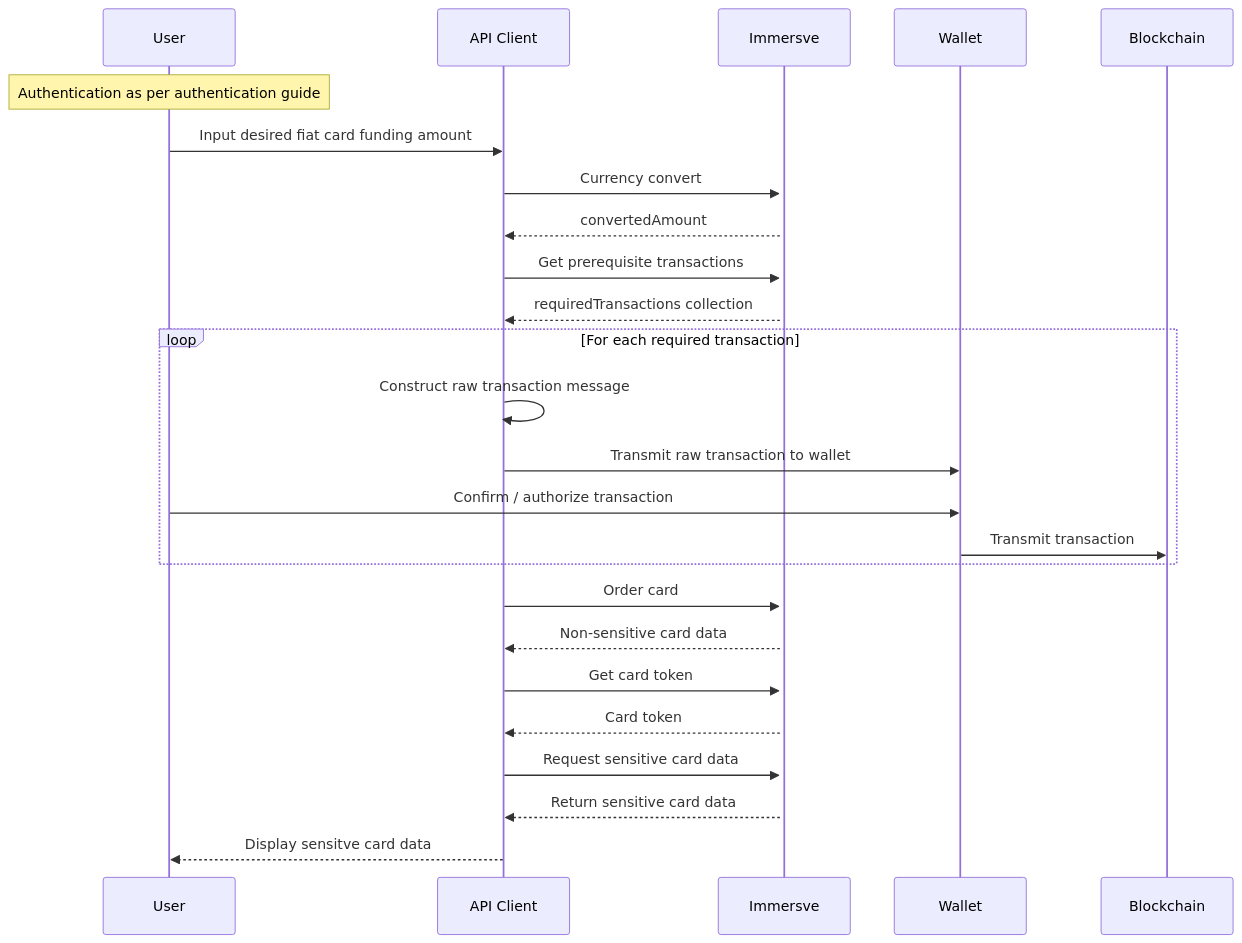
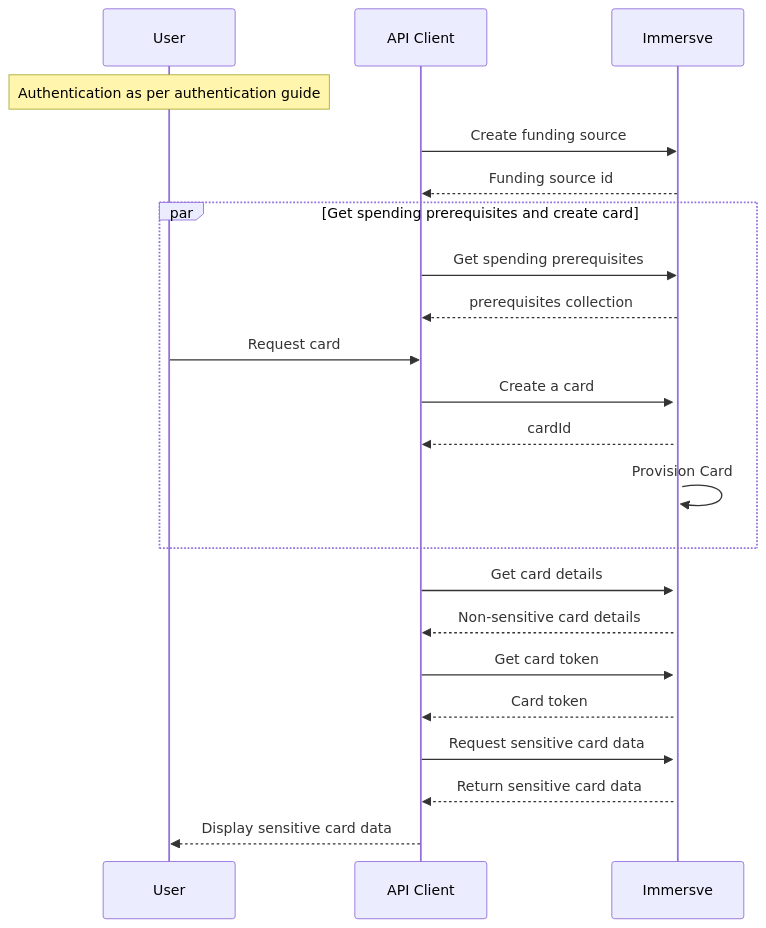
Before and after one commit to immersve/immersve-docs: the diagram in docs/guides/issue-a-virtual-card.md, drawn with Mermaid. The commit also changed other lines of this file and 1 other file, not shown here.

Commit message:
Add funding guide and update virtual card guide copy

````diff
--- a/docs/guides/issue-a-virtual-card.md
+++ b/docs/guides/issue-a-virtual-card.md
@@ -103,27 +53,25 @@
 ```mermaid
 sequenceDiagram
     participant U as User
     participant C as API Client
     participant I as Immersve
-    participant W as Wallet
-    participant B as Blockchain
     note over U: Authentication as per authentication guide
-    U->>C: Input desired fiat card funding amount
-    C->>+I: Currency convert
-    I-->>C: convertedAmount
-    C->>I: Get prerequisite transactions
-    I-->>C: requiredTransactions collection
-    loop For each required transaction
-        C->>C: Construct raw transaction message
-        C->>W: Transmit raw transaction to wallet
-        U->>W: Confirm / authorize transaction
-        W->>B: Transmit transaction
+
+    C->>I: Create funding source
+    I-->>C: Funding source id
+    par Get spending prerequisites and create card
+    C->>I: Get spending prerequisites
+    I-->>C: prerequisites collection
+    U->>C: Request card
+    C->>+I: Create a card
+    I-->>C: cardId
+    I->>I: Provision Card
     end
-    C->>+I: Order card
-    I-->>C: Non-sensitive card data
-    C->>+I: Get card token
+    C->>I: Get card details
+    I-->>C: Non-sensitive card details
+    C->>I: Get card token
     I-->>C: Card token
     C->>I: Request sensitive card data
     I-->>C: Return sensitive card data
-    C-->>U: Display sensitve card data
+    C-->>U: Display sensitive card data
 ```
````
